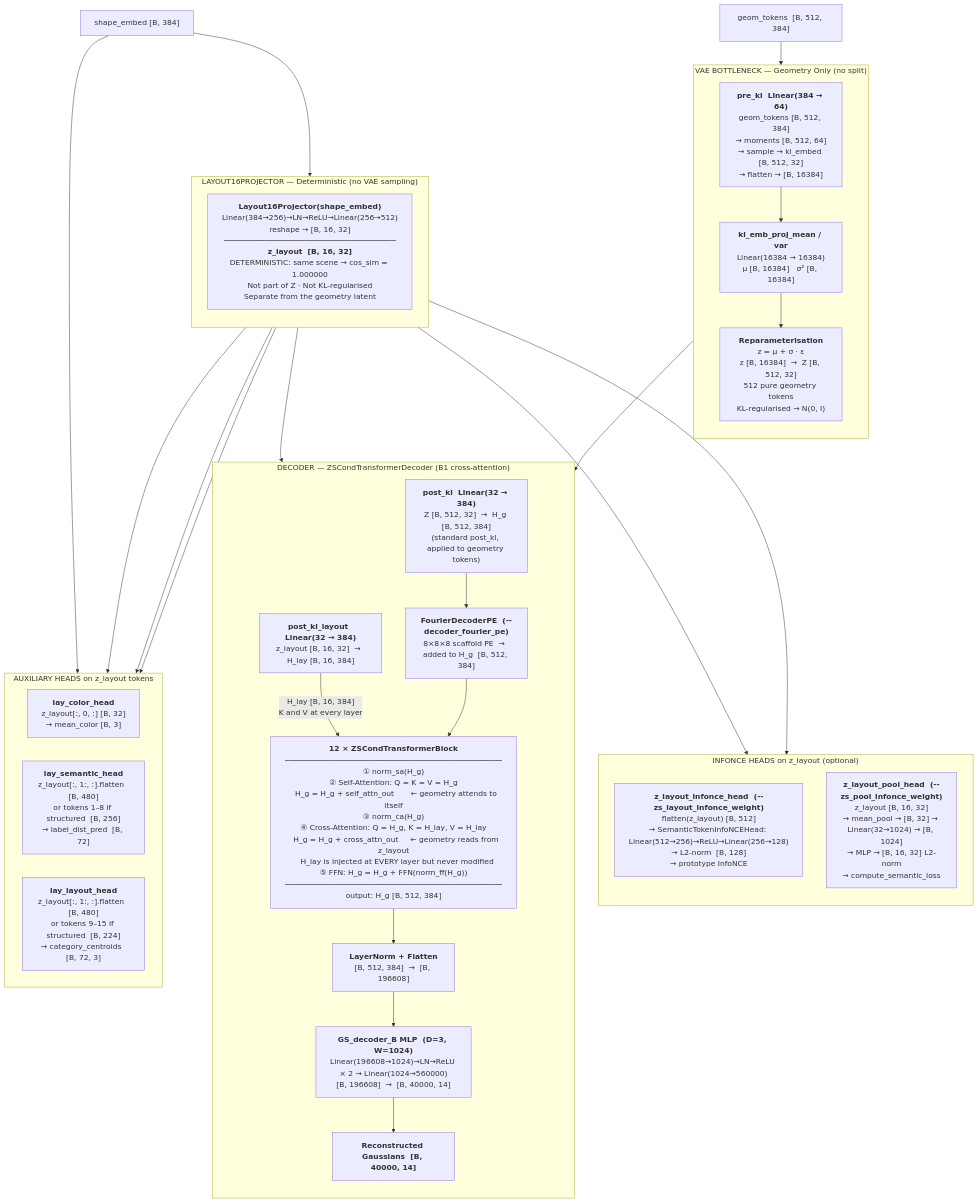
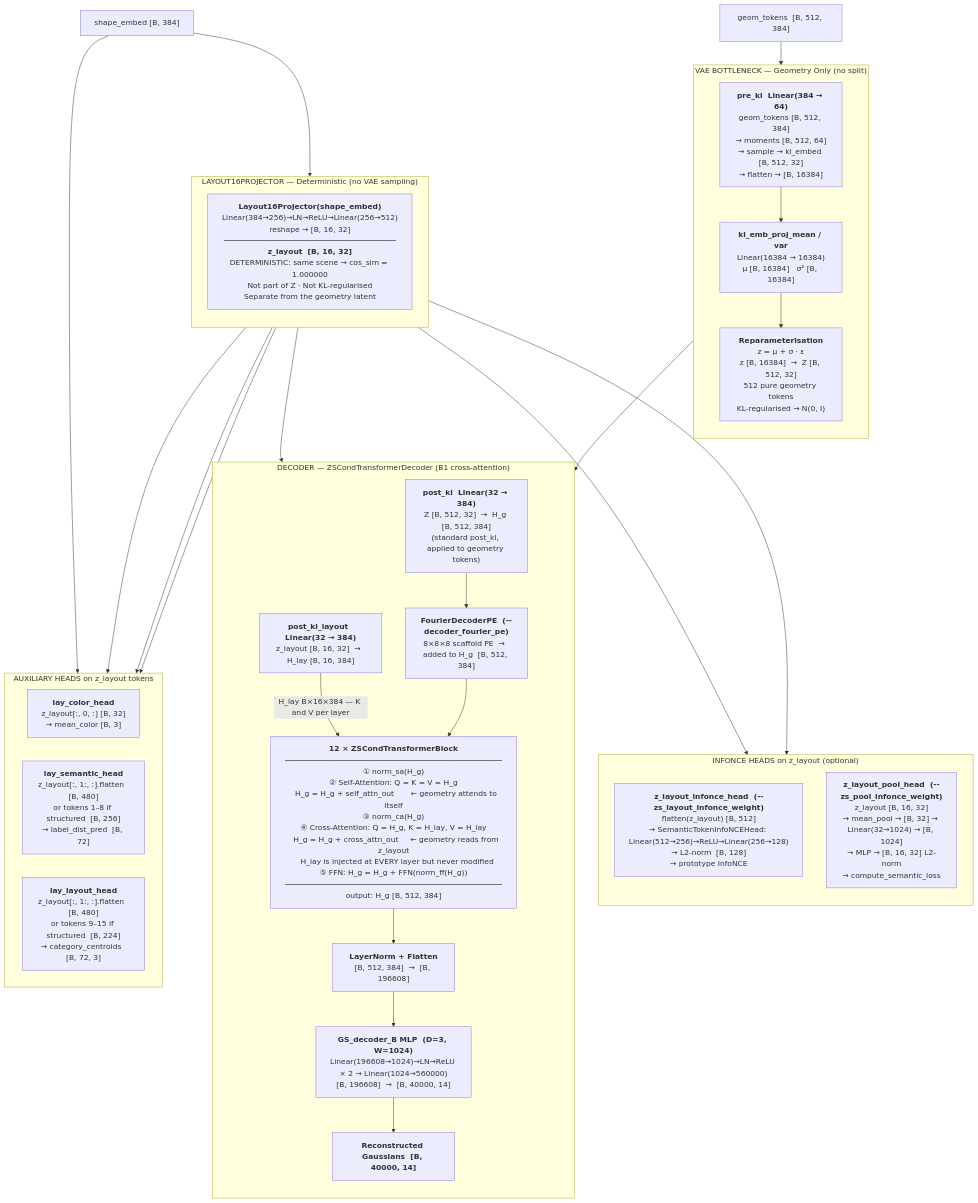
Before and after one commit to Hafeezmhk7/Semantic-Scene-Completion: the fourth of 7 diagrams in README_NEW.md, drawn with Mermaid. The commit also changed other lines of this file, not shown here.

````diff
--- a/README_NEW.md
+++ b/README_NEW.md
@@ -247,61 +247,61 @@
 ```mermaid
 flowchart TD
     SE_B["shape_embed  [B, 384]"]
     GT_B["geom_tokens  [B, 512, 384]"]
 
     subgraph BOT_B["VAE BOTTLENECK — Geometry Only (no split)"]
         direction TB
         PREKL_B["<b>pre_kl  Linear(384 → 64)</b><br/>geom_tokens [B, 512, 384]<br/>→ moments [B, 512, 64]<br/>→ sample → kl_embed [B, 512, 32]<br/>→ flatten → [B, 16384]"]
         MU_B["<b>kl_emb_proj_mean / var</b><br/>Linear(16384 → 16384)<br/>μ [B, 16384]   σ² [B, 16384]"]
         REPARAM_B["<b>Reparameterisation</b><br/>z = μ + σ · ε<br/>z [B, 16384]  →  Z [B, 512, 32]<br/>512 pure geometry tokens<br/>KL-regularised → N(0, I)"]
     end
 
     subgraph PROJECTOR["LAYOUT16PROJECTOR — Deterministic (no VAE sampling)"]
         direction TB
         L16["<b>Layout16Projector(shape_embed)</b><br/>Linear(384→256)→LN→ReLU→Linear(256→512)<br/>reshape → [B, 16, 32]<br/>──────────────────────────────────────<br/><b>z_layout  [B, 16, 32]</b><br/>DETERMINISTIC: same scene → cos_sim = 1.000000<br/>Not part of Z · Not KL-regularised<br/>Separate from the geometry latent"]
     end
 
     subgraph HEADS_B["AUXILIARY HEADS on z_layout tokens"]
         direction LR
         HC_B["<b>lay_color_head</b><br/>z_layout[:, 0, :]  [B, 32]<br/>→ mean_color  [B, 3]"]
         HS_B["<b>lay_semantic_head</b><br/>z_layout[:, 1:, :].flatten  [B, 480]<br/>or tokens 1–8 if structured  [B, 256]<br/>→ label_dist_pred  [B, 72]"]
         HL_B["<b>lay_layout_head</b><br/>z_layout[:, 1:, :].flatten  [B, 480]<br/>or tokens 9–15 if structured  [B, 224]<br/>→ category_centroids  [B, 72, 3]"]
     end
 
     subgraph INFONCE_B["INFONCE HEADS on z_layout (optional)"]
         direction TB
         LAYNCE_B["<b>z_layout_infonce_head  (--zs_layout_infonce_weight)</b><br/>flatten(z_layout) [B, 512]<br/>→ SemanticTokenInfoNCEHead: Linear(512→256)→ReLU→Linear(256→128)<br/>→ L2-norm  [B, 128]<br/>→ prototype InfoNCE"]
         POOLNCE_B["<b>z_layout_pool_head  (--zs_pool_infonce_weight)</b><br/>z_layout [B, 16, 32]<br/>→ mean_pool → [B, 32] → Linear(32→1024) → [B, 1024]<br/>→ MLP → [B, 16, 32] L2-norm<br/>→ compute_semantic_loss"]
     end
 
     subgraph DECODER_B1["DECODER — ZSCondTransformerDecoder (B1 cross-attention)"]
         direction TB
 
         POSTKL_GEO["<b>post_kl  Linear(32 → 384)</b><br/>Z [B, 512, 32]  →  H_g [B, 512, 384]<br/>(standard post_kl, applied to geometry tokens)"]
 
         POSTKL_LAY["<b>post_kl_layout  Linear(32 → 384)</b><br/>z_layout [B, 16, 32]  →  H_lay [B, 16, 384]"]
 
         FOURPE_B["<b>FourierDecoderPE  (--decoder_fourier_pe)</b><br/>8×8×8 scaffold PE  →  added to H_g  [B, 512, 384]"]
 
         LAYER["<b>12 × ZSCondTransformerBlock</b><br/>────────────────────────────────────────────────<br/>① norm_sa(H_g)<br/>② Self-Attention: Q = K = V = H_g<br/>   H_g = H_g + self_attn_out       ← geometry attends to itself<br/>③ norm_ca(H_g)<br/>④ Cross-Attention: Q = H_g, K = H_lay, V = H_lay<br/>   H_g = H_g + cross_attn_out     ← geometry reads from z_layout<br/>   H_lay is injected at EVERY layer but never modified<br/>⑤ FFN: H_g = H_g + FFN(norm_ff(H_g))<br/>────────────────────────────────────────────────<br/>output: H_g [B, 512, 384]"]
 
         FLAT_B["<b>LayerNorm + Flatten</b><br/>[B, 512, 384]  →  [B, 196608]"]
 
         GSMLP_B["<b>GS_decoder_B MLP  (D=3, W=1024)</b><br/>Linear(196608→1024)→LN→ReLU × 2 → Linear(1024→560000)<br/>[B, 196608]  →  [B, 40000, 14]"]
 
         OUT_B["<b>Reconstructed Gaussians  [B, 40000, 14]</b>"]
     end
 
     SE_B --> L16
     SE_B --> HEADS_B
     GT_B --> PREKL_B --> MU_B --> REPARAM_B
 
     L16 --> HC_B & HS_B & HL_B
     L16 --> LAYNCE_B & POOLNCE_B
     L16 --> POSTKL_LAY
 
     REPARAM_B --> POSTKL_GEO --> FOURPE_B
-    POSTKL_LAY -->|"H_lay [B, 16, 384]<br/>K and V at every layer"| LAYER
+    POSTKL_LAY -->|"H_lay B×16×384 — K and V per layer"| LAYER
     FOURPE_B --> LAYER
     LAYER --> FLAT_B --> GSMLP_B --> OUT_B
 ```
````
